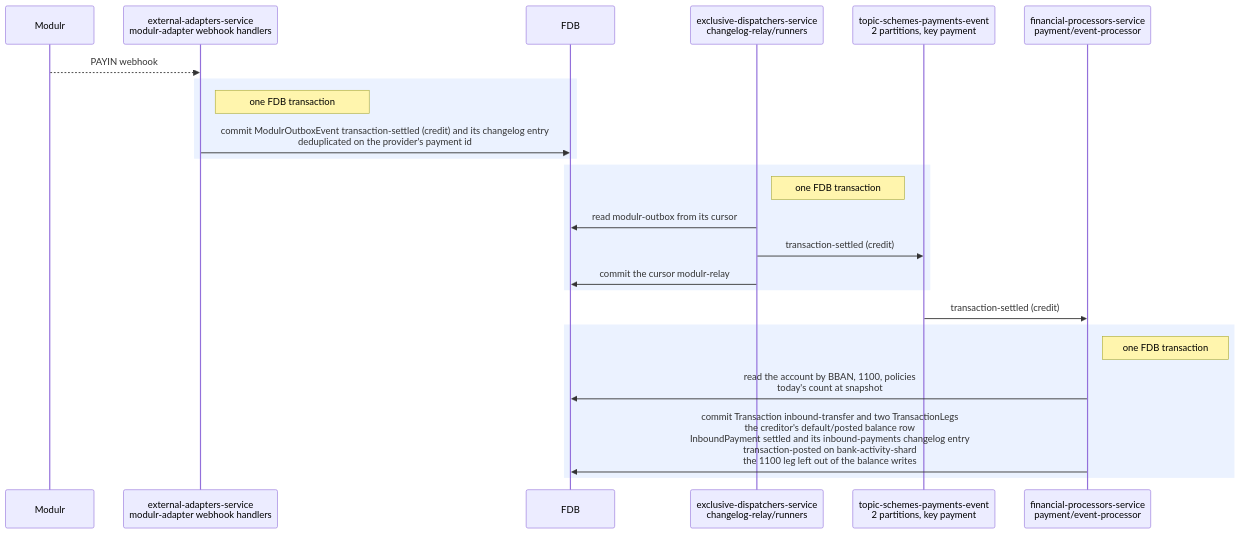
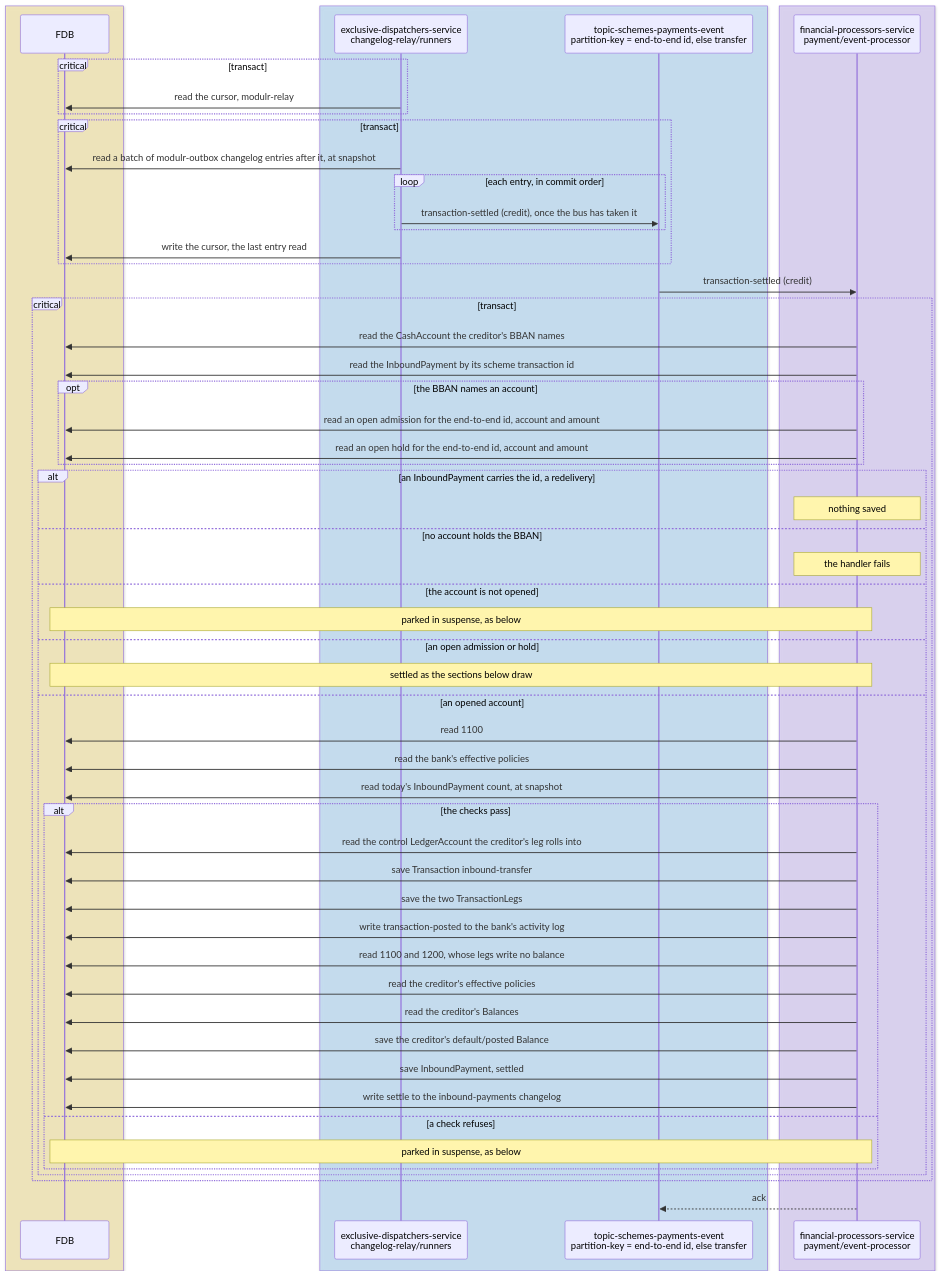
The third of 15 diagrams in docs/tdd/payments-inbound.md (repldriven/queenswood), drawn with Mermaid before and after one commit. The commit also changed other lines of this file and 2 other files, not shown here.

Commit message:
Draw outbound and inbound payments to the internal diagrams' conventions

````diff
--- a/docs/tdd/payments-inbound.md
+++ b/docs/tdd/payments-inbound.md
@@ -85,26 +148,60 @@
 ```mermaid
 sequenceDiagram
-    participant PR as Modulr
-    participant WH as external-adapters-service<br/>modulr-adapter webhook handlers
+    box rgba(255, 236, 153, 0.5)
     participant DB as FDB
+    end
+    box rgba(165, 216, 255, 0.45)
     participant OR as exclusive-dispatchers-service<br/>changelog-relay/runners
-    participant SE as topic-schemes-payments-event<br/>2 partitions, key payment
+    participant SE as topic-schemes-payments-event<br/>partition-key = end-to-end id, else transfer
+    end
+    box rgba(208, 191, 255, 0.45)
     participant PE as financial-processors-service<br/>payment/event-processor
-    PR-->>WH: PAYIN webhook
-    rect rgb(235, 242, 255)
-    Note right of WH: one FDB transaction
-    WH->>DB: commit ModulrOutboxEvent transaction-settled (credit) and its changelog entry<br/>deduplicated on the provider's payment id
     end
-    rect rgb(235, 242, 255)
-    Note right of OR: one FDB transaction
-    OR->>DB: read modulr-outbox from its cursor
-    OR->>SE: transaction-settled (credit)
-    OR->>DB: commit the cursor modulr-relay
+    critical transact
+    OR->>DB: read the cursor, modulr-relay
+    end
+    critical transact
+    OR->>DB: read a batch of modulr-outbox changelog entries after it, at snapshot
+    loop each entry, in commit order
+    OR->>SE: transaction-settled (credit), once the bus has taken it
+    end
+    OR->>DB: write the cursor, the last entry read
     end
     SE->>PE: transaction-settled (credit)
-    rect rgb(235, 242, 255)
-    Note right of PE: one FDB transaction
-    PE->>DB: read the account by BBAN, 1100, policies<br/>today's count at snapshot
-    PE->>DB: commit Transaction inbound-transfer and two TransactionLegs<br/>the creditor's default/posted balance row<br/>InboundPayment settled and its inbound-payments changelog entry<br/>transaction-posted on bank-activity-shard<br/>the 1100 leg left out of the balance writes
+    critical transact
+    PE->>DB: read the CashAccount the creditor's BBAN names
+    PE->>DB: read the InboundPayment by its scheme transaction id
+    opt the BBAN names an account
+    PE->>DB: read an open admission for the end-to-end id, account and amount
+    PE->>DB: read an open hold for the end-to-end id, account and amount
     end
+    alt an InboundPayment carries the id, a redelivery
+    Note over PE: nothing saved
+    else no account holds the BBAN
+    Note over PE: the handler fails
+    else the account is not opened
+    Note over PE,DB: parked in suspense, as below
+    else an open admission or hold
+    Note over PE,DB: settled as the sections below draw
+    else an opened account
+    PE->>DB: read 1100
+    PE->>DB: read the bank's effective policies
+    PE->>DB: read today's InboundPayment count, at snapshot
+    alt the checks pass
+    PE->>DB: read the control LedgerAccount the creditor's leg rolls into
+    PE->>DB: save Transaction inbound-transfer
+    PE->>DB: save the two TransactionLegs
+    PE->>DB: write transaction-posted to the bank's activity log
+    PE->>DB: read 1100 and 1200, whose legs write no balance
+    PE->>DB: read the creditor's effective policies
+    PE->>DB: read the creditor's Balances
+    PE->>DB: save the creditor's default/posted Balance
+    PE->>DB: save InboundPayment, settled
+    PE->>DB: write settle to the inbound-payments changelog
+    else a check refuses
+    Note over PE,DB: parked in suspense, as below
+    end
+    end
+    end
+    PE-->>SE: ack
 ```
````
